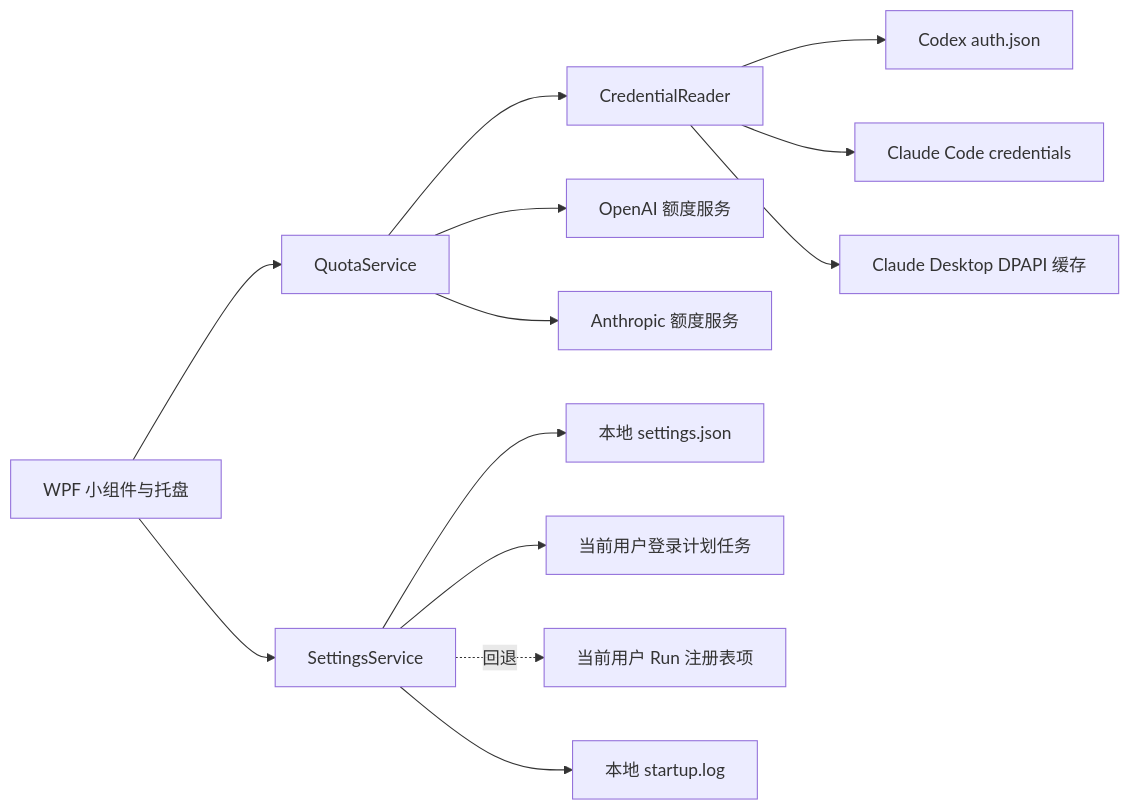
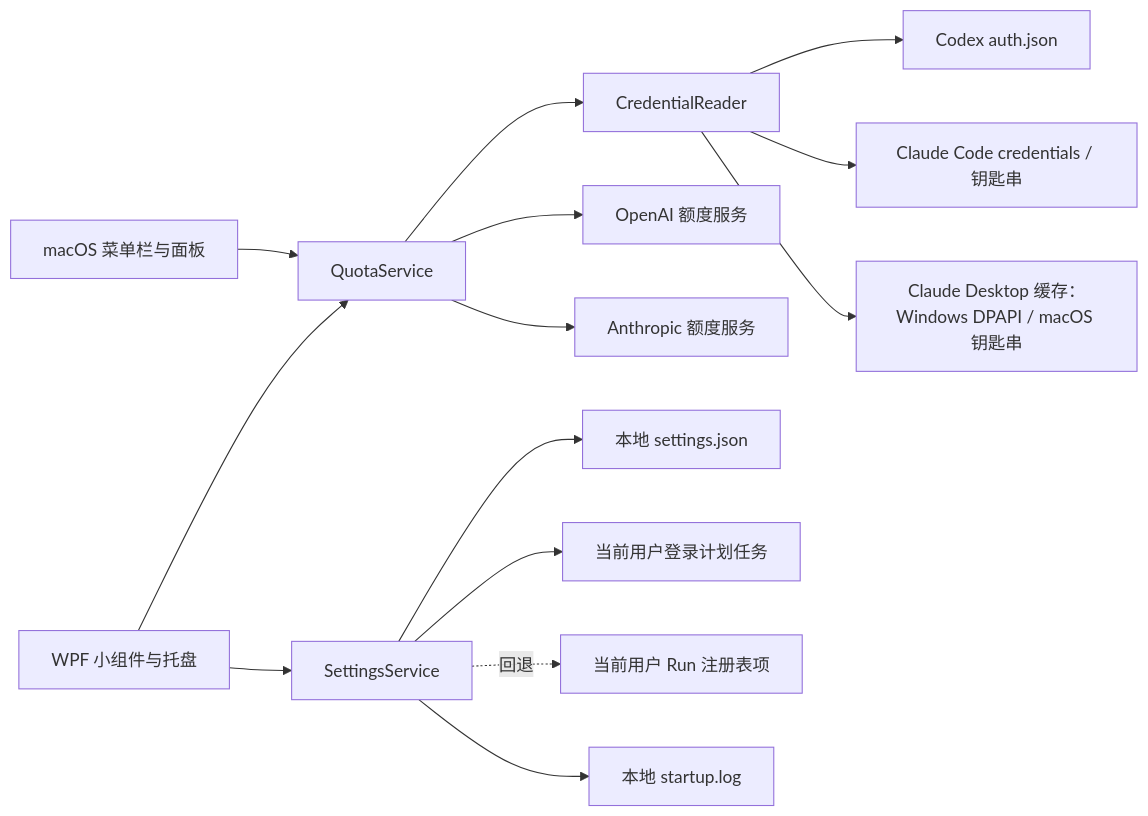
The diagram in docs/ARCHITECTURE.md (Torbjorn-Zhang/quota-lens), drawn with Mermaid before and after one commit. The commit also changed other lines of this file and 28 other files, not shown here.

````diff
--- a/docs/ARCHITECTURE.md
+++ b/docs/ARCHITECTURE.md
@@ -7,15 +7,16 @@
 ```mermaid
 flowchart LR
     UI[WPF 小组件与托盘] --> QS[QuotaService]
+    MAC[macOS 菜单栏与面板] --> QS
     QS --> CR[CredentialReader]
     CR --> CX[Codex auth.json]
-    CR --> CC[Claude Code credentials]
-    CR --> CD[Claude Desktop DPAPI 缓存]
+    CR --> CC[Claude Code credentials / 钥匙串]
+    CR --> CD[Claude Desktop 缓存：Windows DPAPI / macOS 钥匙串]
     QS --> OA[OpenAI 额度服务]
     QS --> AN[Anthropic 额度服务]
     UI --> SS[SettingsService]
     SS --> FS[本地 settings.json]
     SS --> TASK[当前用户登录计划任务]
     SS -.回退.-> REG[当前用户 Run 注册表项]
     SS --> LOG[本地 startup.log]
 ```
````
